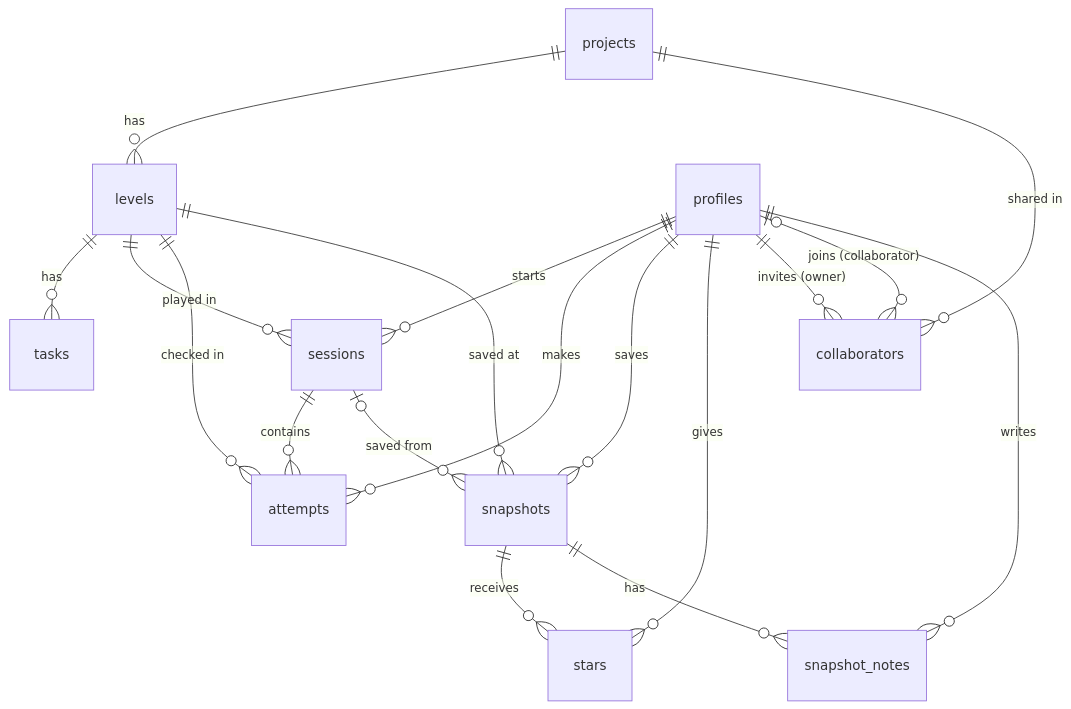
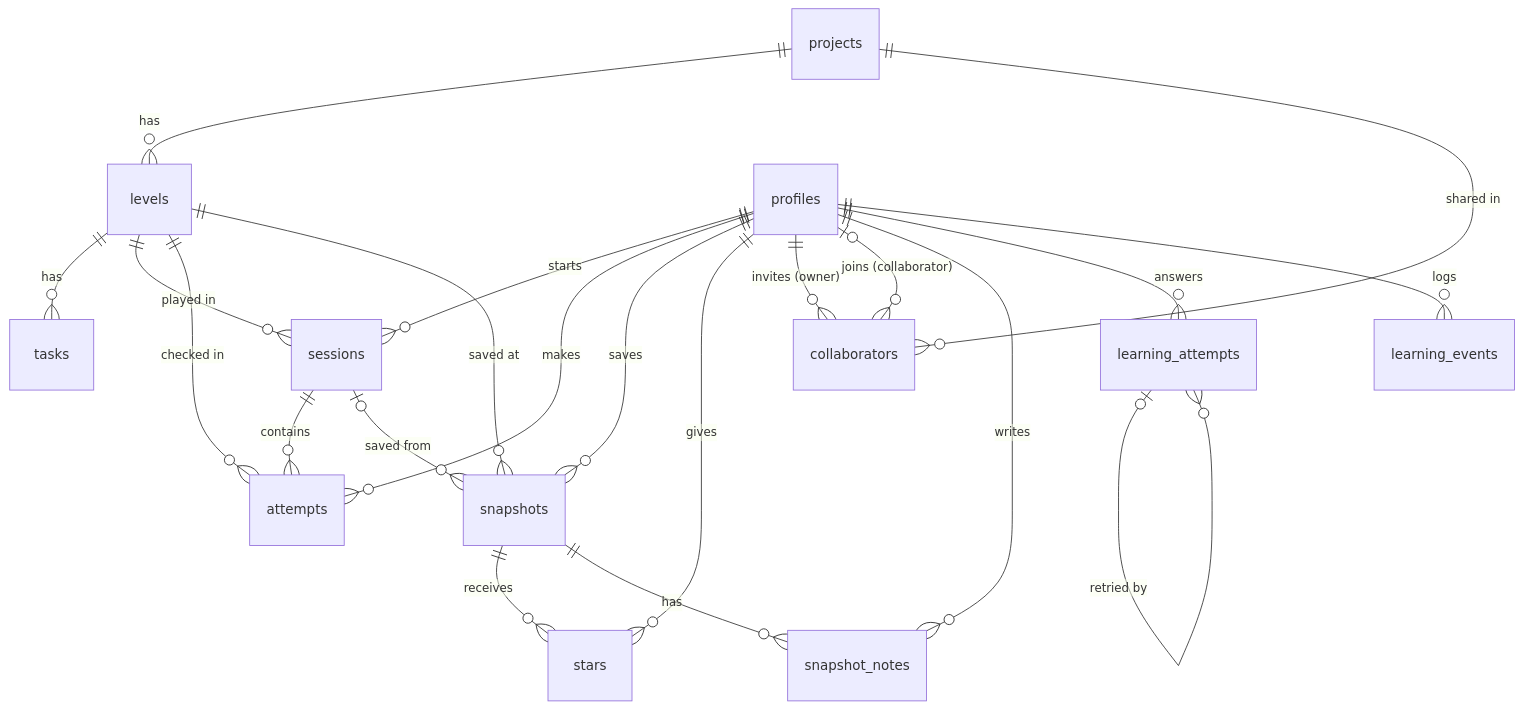
Before and after one commit to patronofalltrades/Jumper: the diagram in schema.md, drawn with Mermaid. The commit also changed other lines of this file and 8 other files, not shown here.

First line of the commit message:
Pilot records: learning_attempts and learning_events with row-level security

````diff
--- a/schema.md
+++ b/schema.md
@@ -188,20 +234,23 @@
 ```mermaid
 erDiagram
     projects ||--o{ levels : has
     levels ||--o{ tasks : has
     profiles ||--o{ sessions : starts
     profiles ||--o{ attempts : makes
     profiles ||--o{ snapshots : saves
     levels ||--o{ sessions : "played in"
     levels ||--o{ attempts : "checked in"
     levels ||--o{ snapshots : "saved at"
     sessions ||--o{ attempts : contains
     sessions |o--o{ snapshots : "saved from"
     profiles ||--o{ stars : gives
     snapshots ||--o{ stars : receives
     profiles ||--o{ collaborators : "invites (owner)"
     profiles |o--o{ collaborators : "joins (collaborator)"
     projects ||--o{ collaborators : "shared in"
     snapshots ||--o{ snapshot_notes : has
     profiles ||--o{ snapshot_notes : writes
+    profiles ||--o{ learning_attempts : answers
+    learning_attempts |o--o{ learning_attempts : "retried by"
+    profiles ||--o{ learning_events : logs
 ```
````
